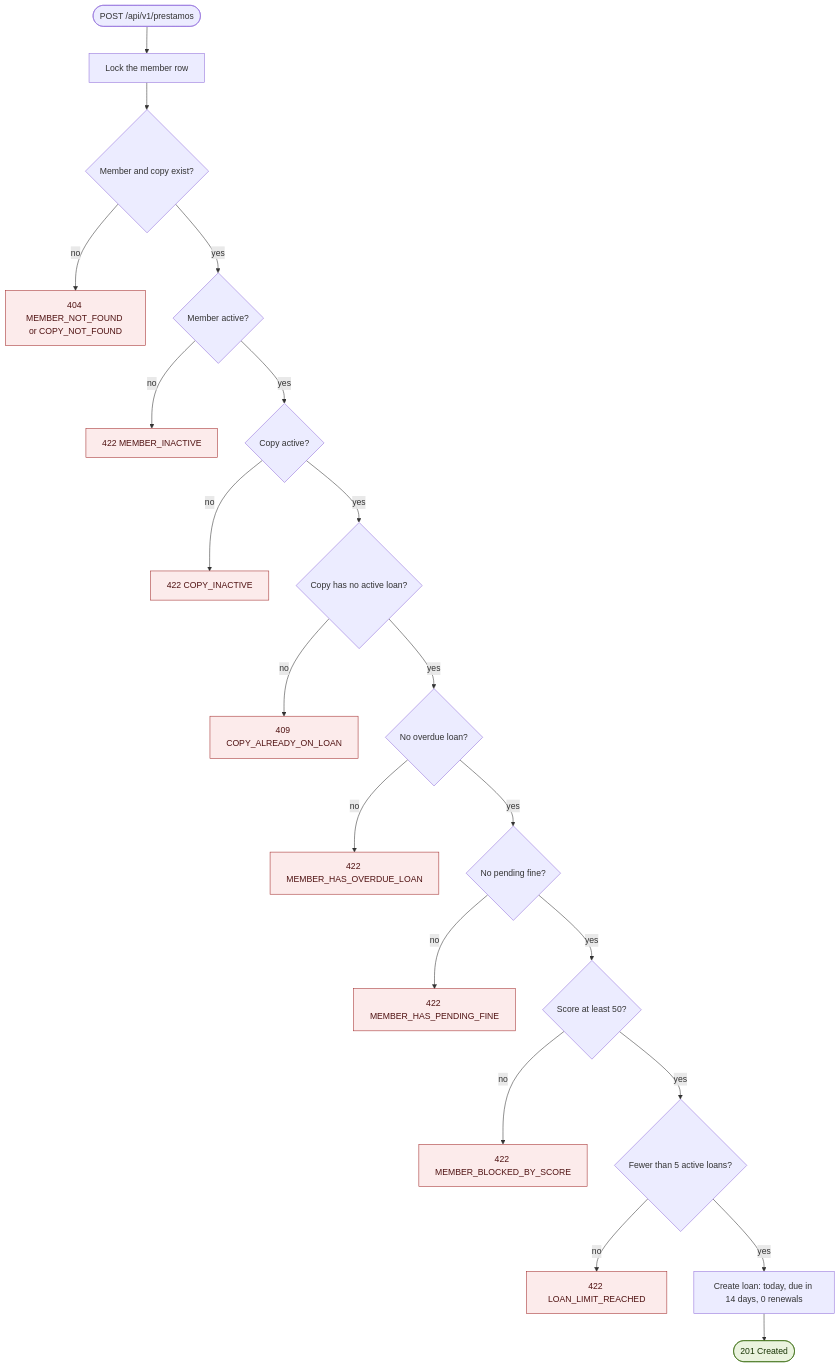
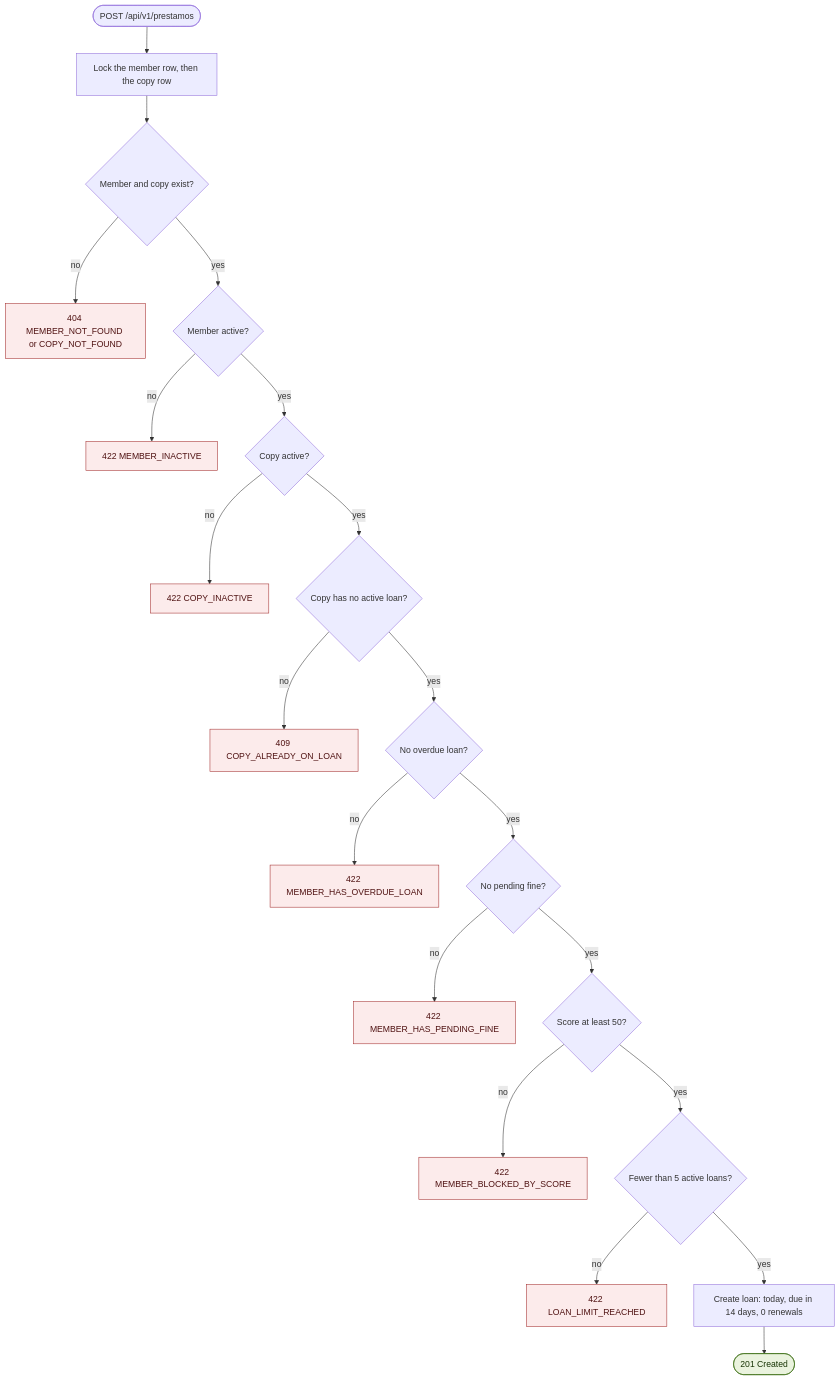
The first of 3 diagrams in docs/diagrams/process-flows.md (caronteisback/biblioteca-java), drawn with Mermaid before and after one commit. The commit also changed other lines of this file and 6 other files, not shown here.

````diff
--- a/docs/diagrams/process-flows.md
+++ b/docs/diagrams/process-flows.md
@@ -7,26 +7,26 @@
 ```mermaid
 flowchart TD
-  start(["POST /api/v1/prestamos"]) --> lock["Lock the member row"]
+  start(["POST /api/v1/prestamos"]) --> lock["Lock the member row, then the copy row"]
   lock --> c1{"Member and copy exist?"}
   c1 -- no --> e1["404 MEMBER_NOT_FOUND or COPY_NOT_FOUND"]
   c1 -- yes --> c2{"Member active?"}
   c2 -- no --> e2["422 MEMBER_INACTIVE"]
   c2 -- yes --> c3{"Copy active?"}
   c3 -- no --> e3["422 COPY_INACTIVE"]
   c3 -- yes --> c4{"Copy has no active loan?"}
   c4 -- no --> e4["409 COPY_ALREADY_ON_LOAN"]
   c4 -- yes --> c5{"No overdue loan?"}
   c5 -- no --> e5["422 MEMBER_HAS_OVERDUE_LOAN"]
   c5 -- yes --> c6{"No pending fine?"}
   c6 -- no --> e6["422 MEMBER_HAS_PENDING_FINE"]
   c6 -- yes --> c7{"Score at least 50?"}
   c7 -- no --> e7["422 MEMBER_BLOCKED_BY_SCORE"]
   c7 -- yes --> c8{"Fewer than 5 active loans?"}
   c8 -- no --> e8["422 LOAN_LIMIT_REACHED"]
   c8 -- yes --> ok["Create loan: today, due in 14 days, 0 renewals"]
   ok --> done(["201 Created"])
   classDef err fill:#fcebeb,stroke:#a32d2d,color:#501313
   classDef good fill:#eaf3de,stroke:#3b6d11,color:#173404
   class e1,e2,e3,e4,e5,e6,e7,e8 err
   class done good
 ```
````
